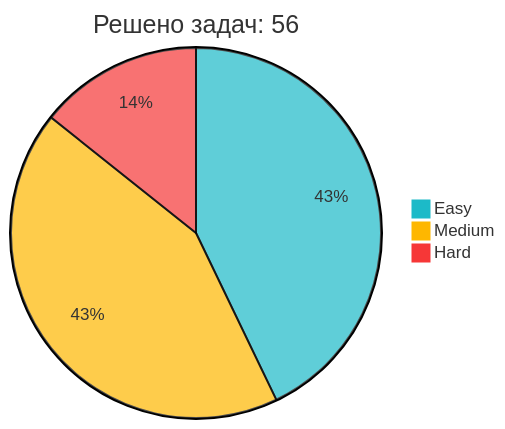
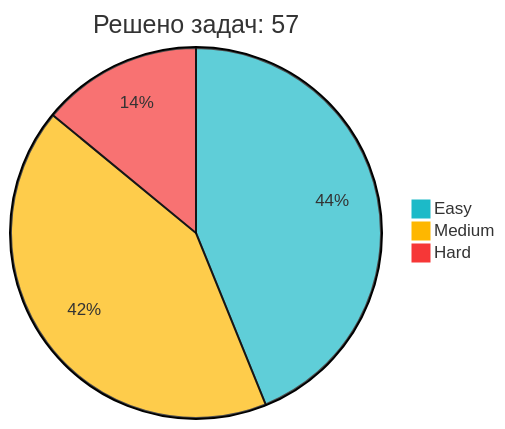
Before and after one commit to IliaKurdukov/IliaKurdukov: the diagram in README.md, drawn with Mermaid. The commit also changed other lines of this file, not shown here.

Commit message:
📈 Обновление статистики LeetCode

````diff
--- a/README.md
+++ b/README.md
@@ -51,7 +51,7 @@
 ```mermaid
 %%{init: {'theme': 'base', 'themeVariables': { 'pie1': '#1CBAC8', 'pie2': '#FEB700', 'pie3': '#F63737' }, 'config': {'width': 300, 'height': 200}}}%%
-pie title Решено задач: 56
-   "Easy" : 24
+pie title Решено задач: 57
+   "Easy" : 25
    "Medium" : 24
    "Hard" : 8
 ```
````
